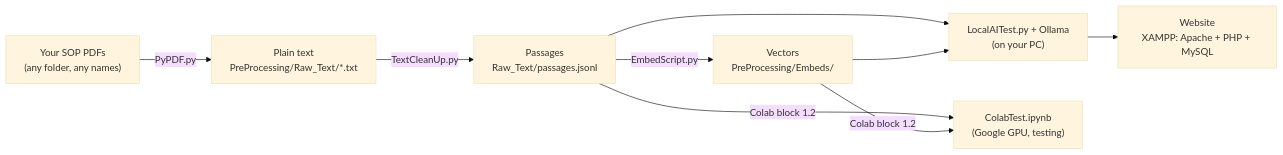
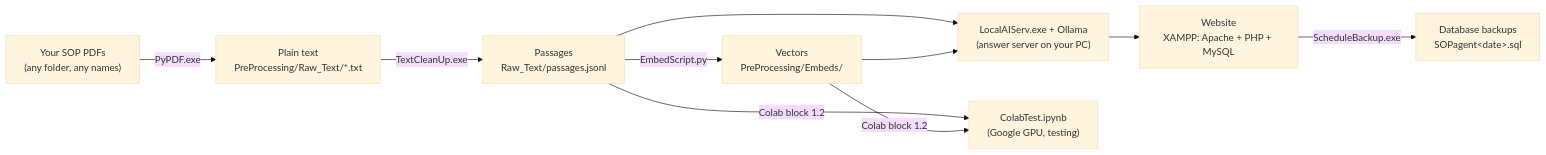
The diagram in GettingStarted/README.md (Cocallian/SOPAIDict), drawn with Mermaid (base theme) before and after one commit. The commit also changed other lines of this file and 12 other files, not shown here.

````diff
--- a/GettingStarted/README.md
+++ b/GettingStarted/README.md
@@ -18,11 +18,12 @@
 ```mermaid
 flowchart LR
-    A["Your SOP PDFs<br/>(any folder, any names)"] -->|PyPDF.py| B["Plain text<br/>PreProcessing/Raw_Text/*.txt"]
-    B -->|TextCleanUp.py| C["Passages<br/>Raw_Text/passages.jsonl"]
+    A["Your SOP PDFs<br/>(any folder, any names)"] -->|PyPDF.exe| B["Plain text<br/>PreProcessing/Raw_Text/*.txt"]
+    B -->|TextCleanUp.exe| C["Passages<br/>Raw_Text/passages.jsonl"]
     C -->|EmbedScript.py| D["Vectors<br/>PreProcessing/Embeds/"]
-    C --> F["LocalAITest.py + Ollama<br/>(on your PC)"]
+    C --> F["LocalAIServ.exe + Ollama<br/>(answer server on your PC)"]
     D --> F
     C -->|Colab block 1.2| G["ColabTest.ipynb<br/>(Google GPU, testing)"]
     D -->|Colab block 1.2| G
     F --> H["Website<br/>XAMPP: Apache + PHP + MySQL"]
+    H -->|ScheduleBackup.exe| I["Database backups<br/>SOPagent&lt;date&gt;.sql"]
 ```
````
